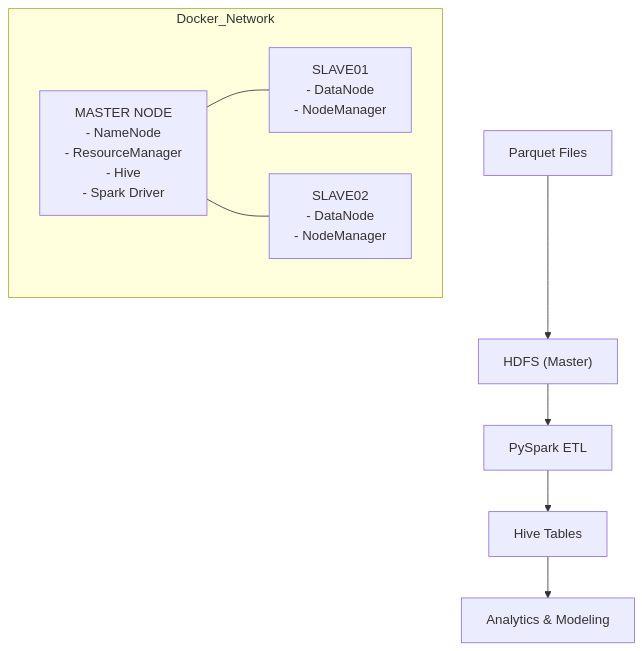
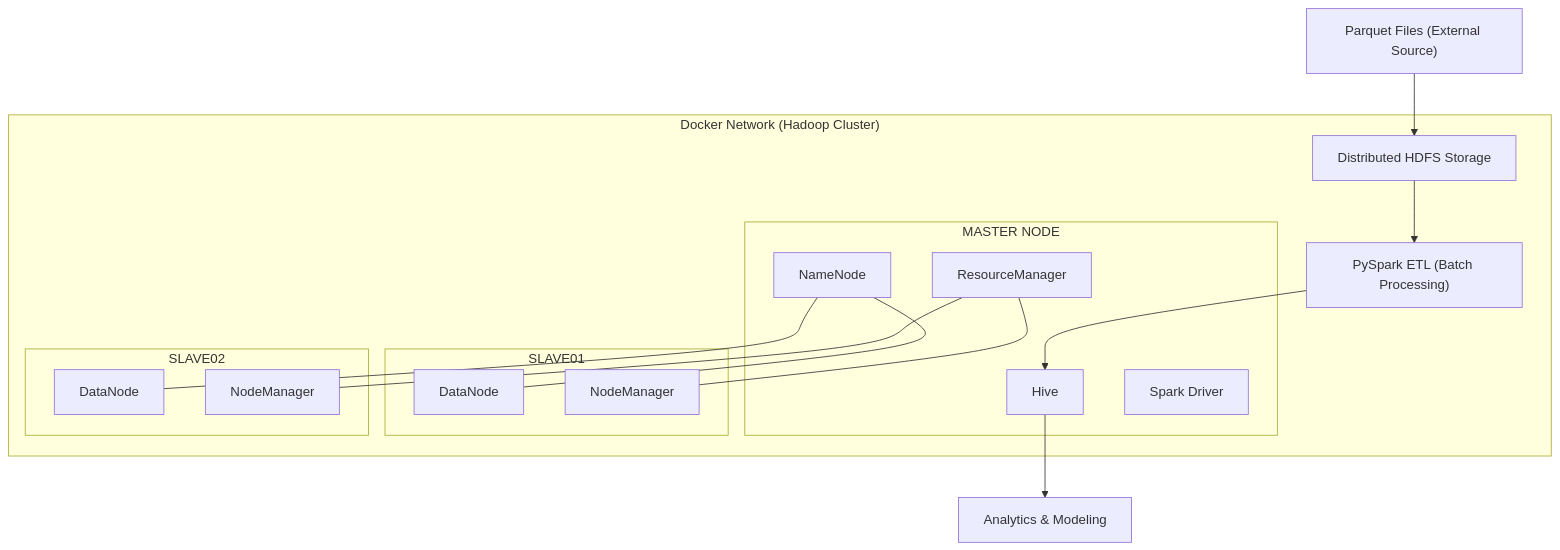
One commit to ngngocbich/SIC_2025 changed the diagram in README.md. Above: the diagram before and after it, drawn with Mermaid.

Commit message:
Enhance README flowchart with Hadoop cluster details
Updated the flowchart to include detailed components of the Hadoop cluster and data flow.

````diff
--- a/README.md
+++ b/README.md
@@ -37,28 +37,46 @@
 ```mermaid
 flowchart TB
 
-    subgraph Docker_Network
-        MASTER["MASTER NODE
-        - NameNode
-        - ResourceManager
-        - Hive
-        - Spark Driver"]
+    %% External Data Source
+    Parquet["Parquet Files (External Source)"]
 
-        SLAVE1["SLAVE01
-        - DataNode
-        - NodeManager"]
+    %% Docker Network
+    subgraph Docker_Network["Docker Network (Hadoop Cluster)"]
 
-        SLAVE2["SLAVE02
-        - DataNode
-        - NodeManager"]
+        subgraph Master["MASTER NODE"]
+            NameNode["NameNode"]
+            ResourceManager["ResourceManager"]
+            Hive["Hive"]
+            SparkDriver["Spark Driver"]
+        end
 
-        MASTER --- SLAVE1
-        MASTER --- SLAVE2
+        subgraph Slave1["SLAVE01"]
+            DataNode1["DataNode"]
+            NodeManager1["NodeManager"]
+        end
+
+        subgraph Slave2["SLAVE02"]
+            DataNode2["DataNode"]
+            NodeManager2["NodeManager"]
+        end
+
+        %% Distributed Storage
+        HDFS["Distributed HDFS Storage"]
+
+        %% Processing Layer
+        Spark["PySpark ETL (Batch Processing)"]
+
     end
 
-    %%Data Flow:
-    Parquet["Parquet Files"] --> HDFS["HDFS (Master)"]
-    HDFS --> Spark["PySpark ETL"]
-    Spark --> Hive["Hive Tables"]
+    %% Data Flow
+    Parquet --> HDFS
+    HDFS --> Spark
+    Spark --> Hive
     Hive --> Analytics["Analytics & Modeling"]
+
+    %% Cluster Connections
+    NameNode --- DataNode1
+    NameNode --- DataNode2
+    ResourceManager --- NodeManager1
+    ResourceManager --- NodeManager2
 ```
````
